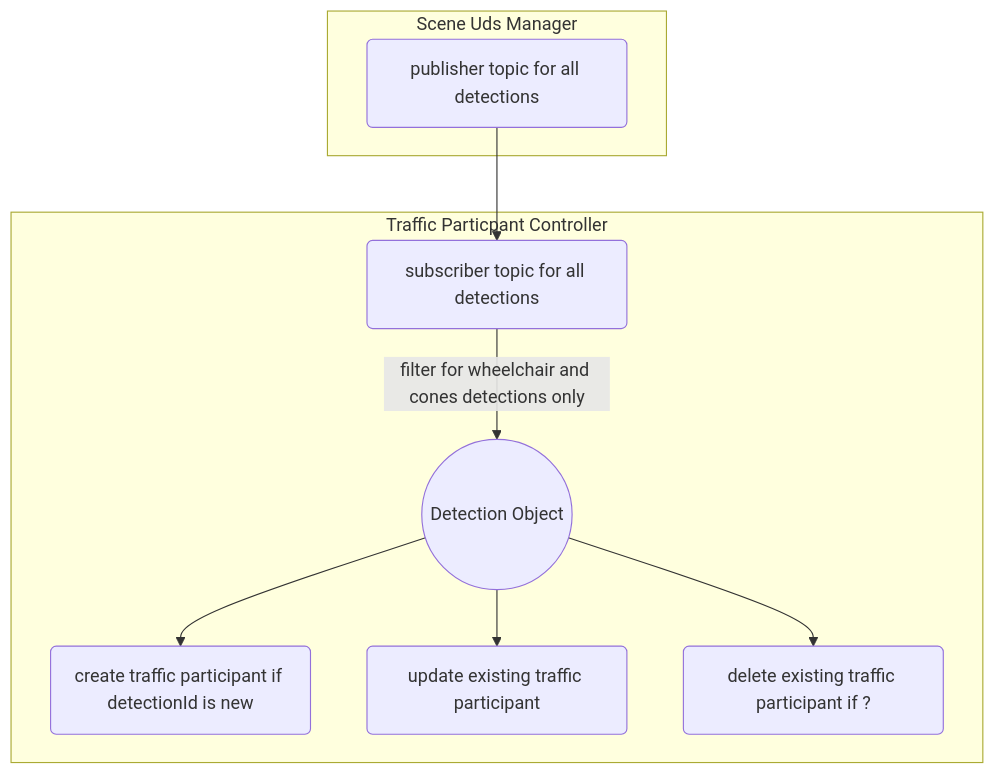
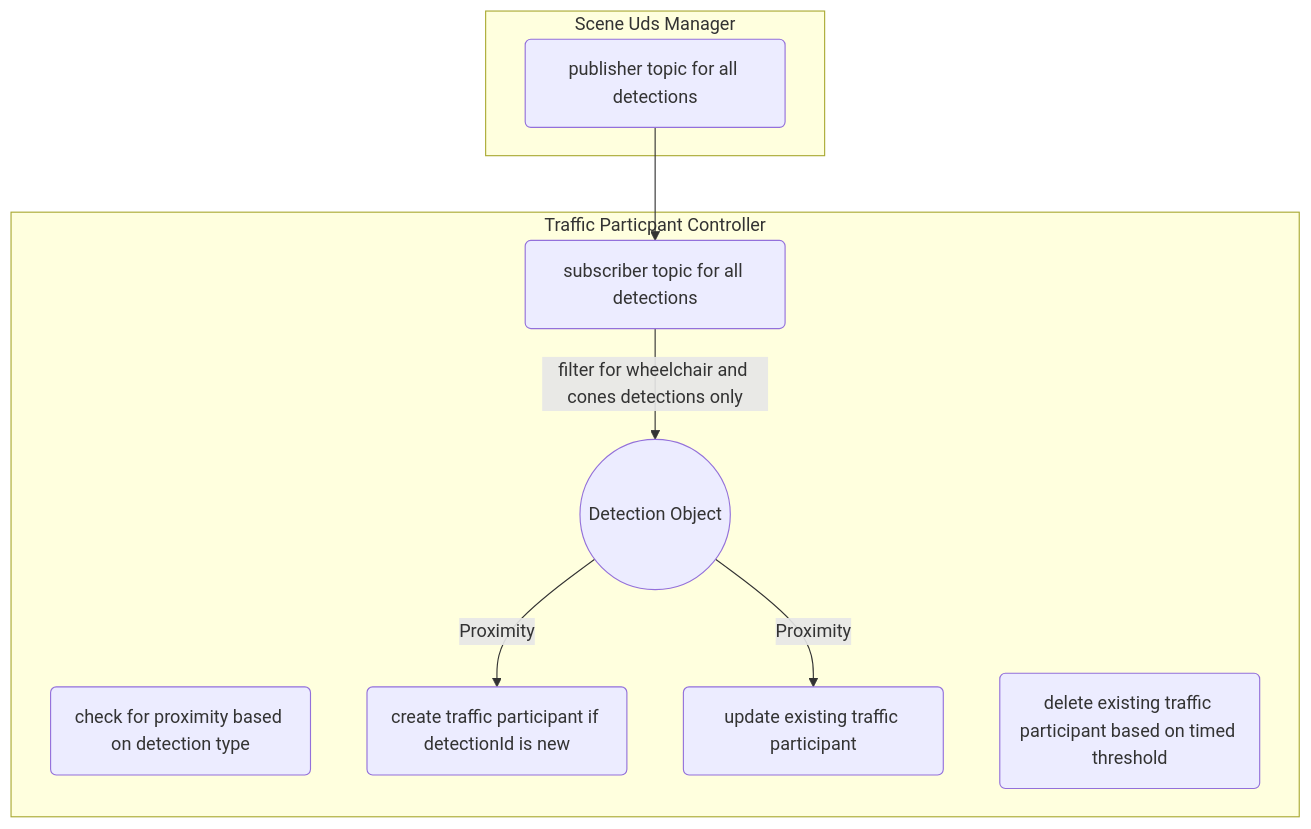
The diagram in README.md (mxgrey/su_traffic_participant), drawn with Mermaid before and after one commit.

````diff
--- a/README.md
+++ b/README.md
@@ -5,17 +5,18 @@
 ```mermaid
 graph TB
 
   Publisher --> Subscriber
   subgraph "Scene Uds Manager"
   Publisher(publisher topic for all detections)
   end
 
   subgraph "Traffic Particpant Controller"
   Subscriber(subscriber topic for all detections)
   Subscriber -- filter for wheelchair and cones detections only --> Detection((Detection Object))
-  Detection --> Create(create traffic participant if detectionId is new)
-  Detection --> Update(update existing traffic participant)
-  Detection --> Delete(delete existing traffic participant if ?)
+  Proximity(check for proximity based on detection type)
+  Detection -- Proximity --> Create(create traffic participant if detectionId is new)
+  Detection -- Proximity --> Update(update existing traffic participant)
+  Delete(delete existing traffic participant based on timed threshold)
 
 end
 ```
````
